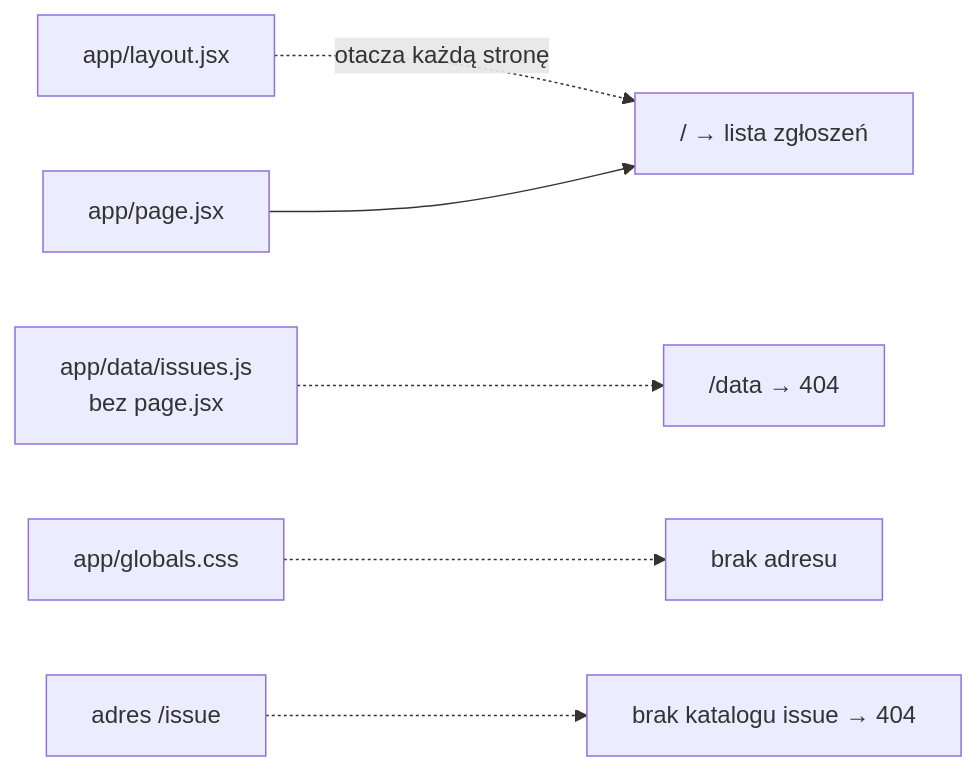
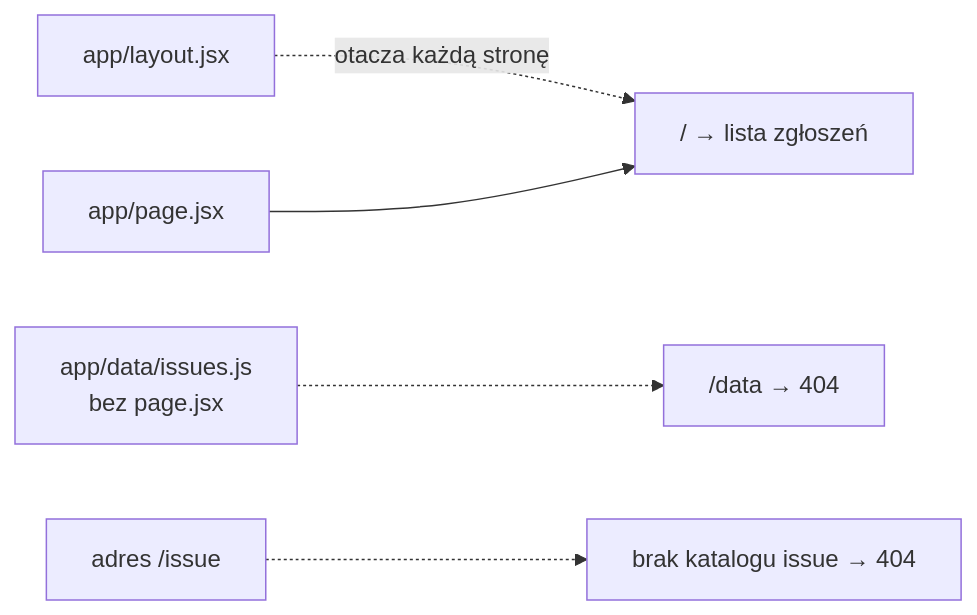
One commit to mmiotk/frontend-development-ug changed the second of 2 diagrams in lecture03/slides/slide_01_szkielet-i-katalog-app.md. Above: the diagram before and after it, drawn with Mermaid. The commit also changed other lines of this file and 48 other files, not shown here.

````diff
--- a/lecture03/slides/slide_01_szkielet-i-katalog-app.md
+++ b/lecture03/slides/slide_01_szkielet-i-katalog-app.md
@@ -195,9 +185,8 @@
 ```mermaid
 %%{init: {"flowchart": {"wrappingWidth": 360}}}%%
 flowchart LR
     L["app/layout.jsx"] -.->|"otacza każdą stronę"| U1
     A["app/page.jsx"] --> U1["/ → lista zgłoszeń"]
     D["app/data/issues.js<br/>bez page.jsx"] -.-> X1["/data → 404"]
-    C["app/globals.css"] -.-> X2["brak adresu"]
     N["adres /issue"] -.-> X3["brak katalogu issue → 404"]
 ```
````
